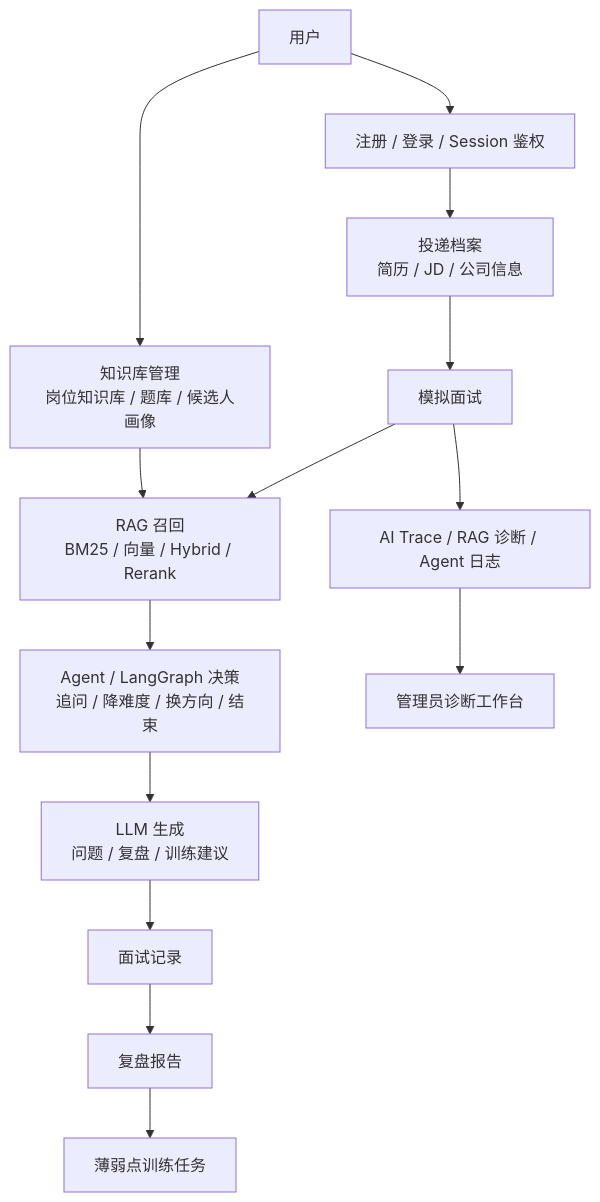
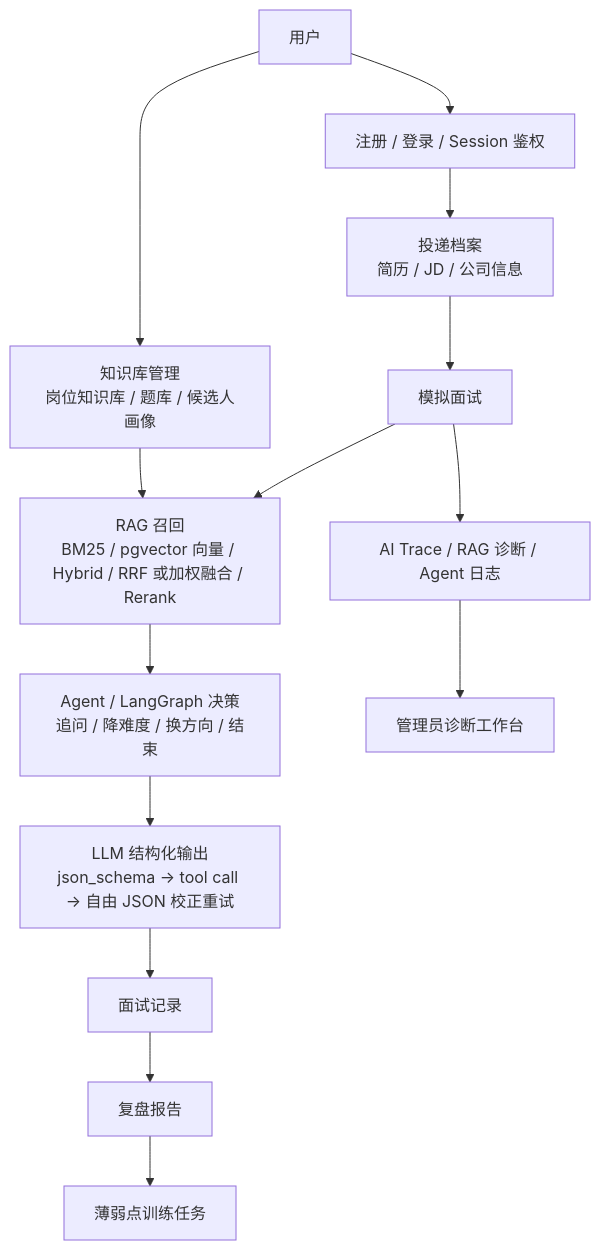
The first of 2 diagrams in README.md (davidluulc/ai-interview), drawn with Mermaid before and after one commit. The commit also changed other lines of this file, not shown here.

Commit message:
docs: rewrite readme for v3 architecture and fix baseline test

````diff
--- a/README.md
+++ b/README.md
@@ -30,16 +30,16 @@
 ```mermaid
 flowchart TD
   U[用户] --> Auth[注册 / 登录 / Session 鉴权]
   Auth --> P[投递档案<br/>简历 / JD / 公司信息]
   U --> K[知识库管理<br/>岗位知识库 / 题库 / 候选人画像]
   P --> I[模拟面试]
-  K --> R[RAG 召回<br/>BM25 / 向量 / Hybrid / Rerank]
+  K --> R[RAG 召回<br/>BM25 / pgvector 向量 / Hybrid / RRF 或加权融合 / Rerank]
   I --> R
   R --> A[Agent / LangGraph 决策<br/>追问 / 降难度 / 换方向 / 结束]
-  A --> L[LLM 生成<br/>问题 / 复盘 / 训练建议]
+  A --> L[LLM 结构化输出<br/>json_schema → tool call → 自由 JSON 校正重试]
   L --> H[面试记录]
   H --> Rep[复盘报告]
   Rep --> T[薄弱点训练任务]
   I --> Obs[AI Trace / RAG 诊断 / Agent 日志]
   Obs --> Admin[管理员诊断工作台]
 ```
````
